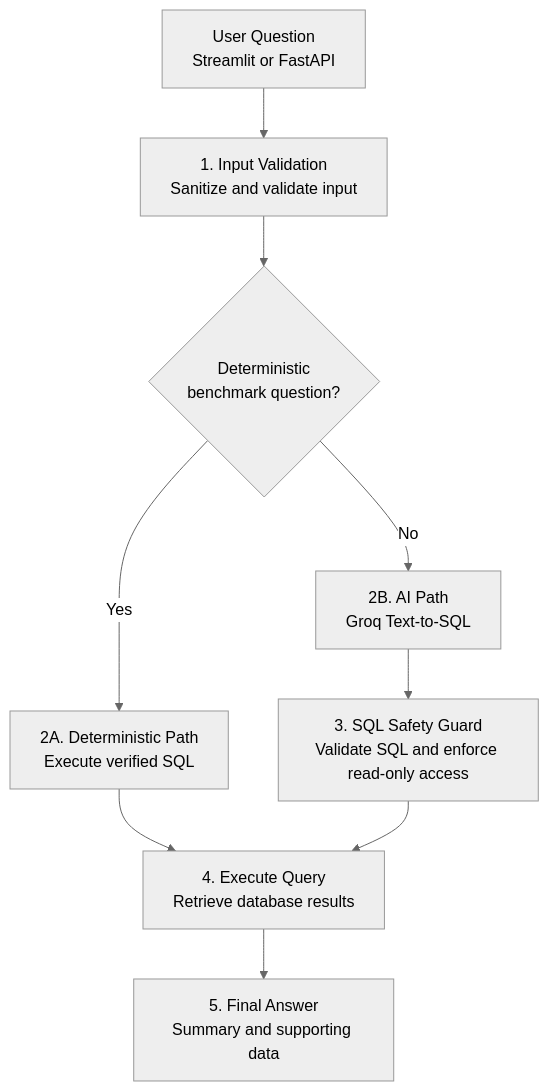
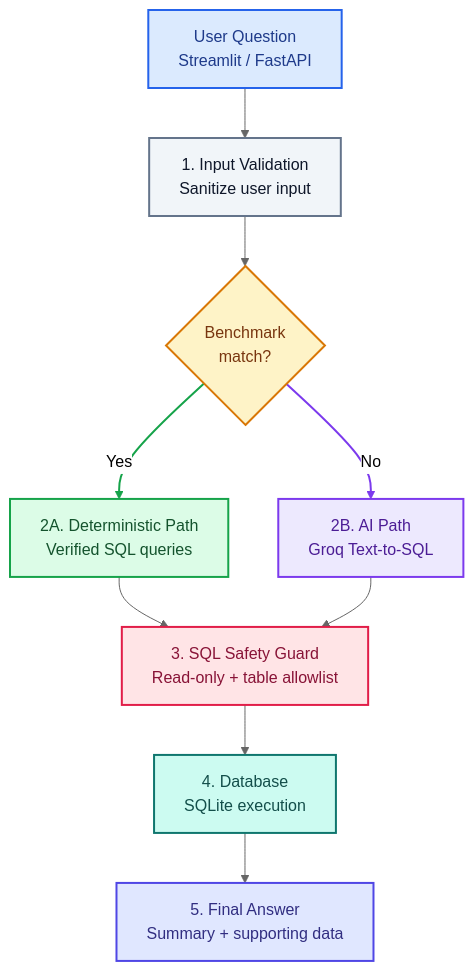
One commit to MDsaabiq/RSG-assignment changed the diagram in README.md. Above: the diagram before and after it, drawn with Mermaid (neutral theme).

Commit message:
added readme updates

````diff
--- a/README.md
+++ b/README.md
@@ -96,31 +96,47 @@
 ```mermaid
 
+
 flowchart TD
-    User["User Question<br/>Streamlit or FastAPI"]
-    InputCheck["1. Input Validation<br/>Sanitize and validate input"]
+    A["User Question<br/>Streamlit / FastAPI"]
+    B["1. Input Validation<br/>Sanitize user input"]
+    C{"Benchmark<br/>match?"}
 
-    Router{"Deterministic<br/>benchmark question?"}
+    D["2A. Deterministic Path<br/>Verified SQL queries"]
+    E["2B. AI Path<br/>Groq Text-to-SQL"]
 
-    FastTrack["2A. Deterministic Path<br/>Execute verified SQL"]
+    F["3. SQL Safety Guard<br/>Read-only + table allowlist"]
+    G["4. Database<br/>SQLite execution"]
+    H["5. Final Answer<br/>Summary + supporting data"]
 
-    AIQuery["2B. AI Path<br/>Groq Text-to-SQL"]
+    A --> B
+    B --> C
+    C -->|Yes| D
+    C -->|No| E
+    D --> F
+    E --> F
+    F --> G
+    G --> H
 
-    SafetyCheck["3. SQL Safety Guard<br/>Validate SQL and enforce read-only access"]
+    classDef start fill:#DBEAFE,stroke:#2563EB,color:#1E3A8A,stroke-width:2px
+    classDef process fill:#F1F5F9,stroke:#64748B,color:#0F172A,stroke-width:2px
+    classDef decision fill:#FEF3C7,stroke:#D97706,color:#78350F,stroke-width:2px
+    classDef deterministic fill:#DCFCE7,stroke:#16A34A,color:#14532D,stroke-width:2px
+    classDef ai fill:#EDE9FE,stroke:#7C3AED,color:#4C1D95,stroke-width:2px
+    classDef security fill:#FFE4E6,stroke:#E11D48,color:#881337,stroke-width:2px
+    classDef database fill:#CCFBF1,stroke:#0F766E,color:#134E4A,stroke-width:2px
+    classDef output fill:#E0E7FF,stroke:#4F46E5,color:#312E81,stroke-width:2px
 
-    Execute["4. Execute Query<br/>Retrieve database results"]
+    class A start
+    class B process
+    class C decision
+    class D deterministic
+    class E ai
+    class F security
+    class G database
+    class H output
 
-    Answer["5. Final Answer<br/>Summary and supporting data"]
+    linkStyle 2 stroke:#16A34A,stroke-width:2px
+    linkStyle 3 stroke:#7C3AED,stroke-width:2px
 
-    User --> InputCheck
-    InputCheck --> Router
-
-    Router -->|Yes| FastTrack
-    Router -->|No| AIQuery
-
-    FastTrack --> Execute
-    AIQuery --> SafetyCheck
-    SafetyCheck --> Execute
-
-    Execute --> Answer
 
 ```
````
